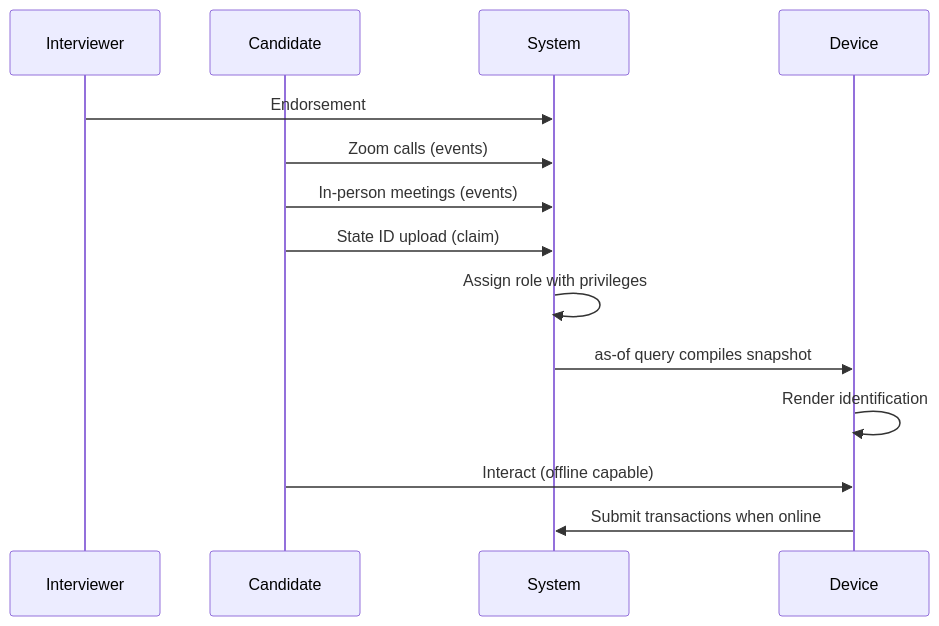
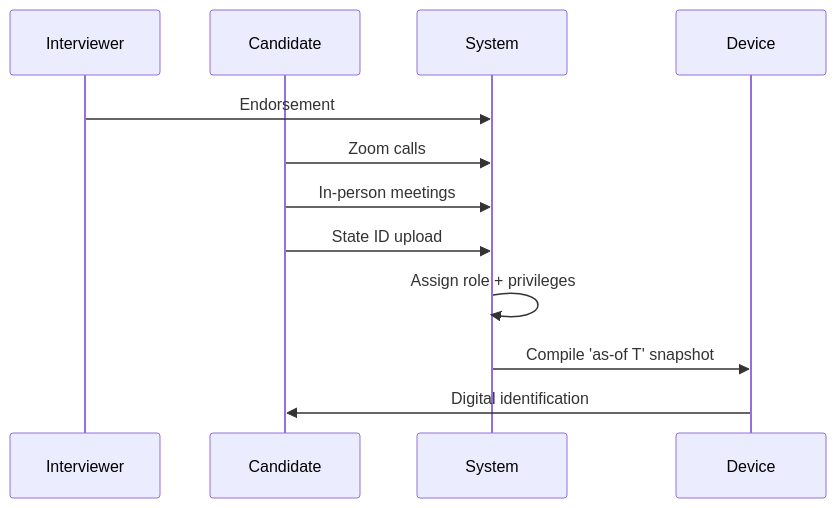
The second of 6 diagrams in presenter.md (Synthetic-Identity-Co/conj-talk-2025), drawn with Mermaid before and after one commit. The commit also changed other lines of this file, not shown here.

````diff
--- a/presenter.md
+++ b/presenter.md
@@ -157,17 +142,15 @@
 ```mermaid
 sequenceDiagram
     participant I as Interviewer
     participant C as Candidate
     participant S as System
     participant D as Device
     
     I->>S: Endorsement
-    C->>S: Zoom calls (events)
-    C->>S: In-person meetings (events)
-    C->>S: State ID upload (claim)
-    S->>S: Assign role with privileges
-    S->>D: as-of query compiles snapshot
-    D->>D: Render identification
-    C->>D: Interact (offline capable)
-    D->>S: Submit transactions when online
+    C->>S: Zoom calls
+    C->>S: In-person meetings
+    C->>S: State ID upload
+    S->>S: Assign role + privileges
+    S->>D: Compile 'as-of T' snapshot
+    D->>C: Digital identification
 ```
````
